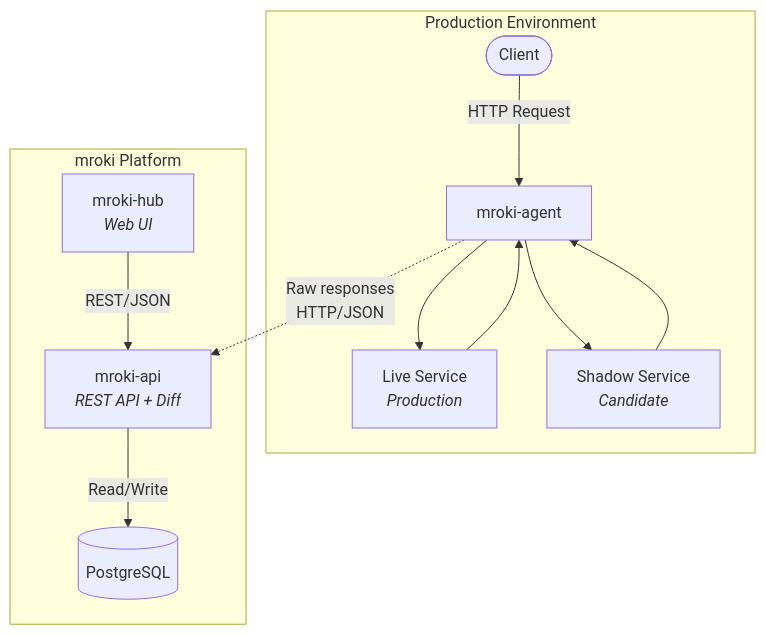
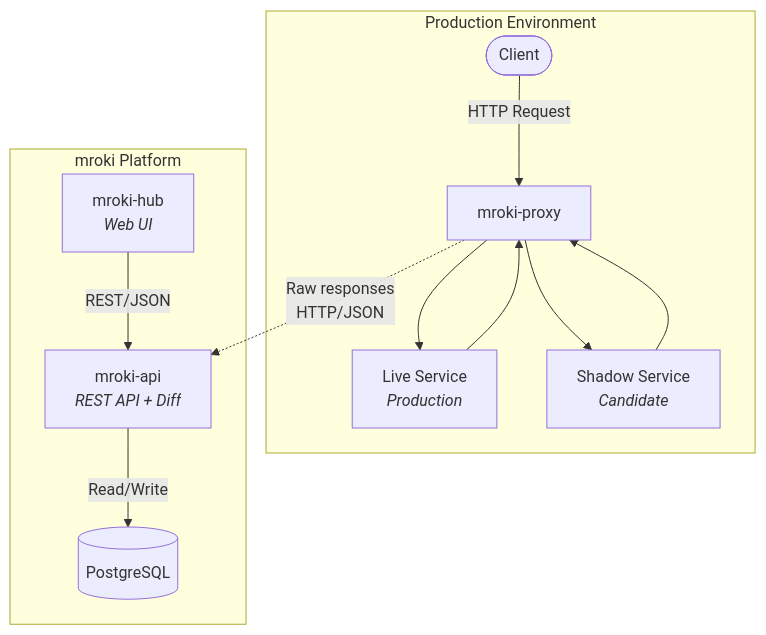
One commit to pedrobarco/mroki changed the first of 5 diagrams in docs/architecture/OVERVIEW.md. Above: the diagram before and after it, drawn with Mermaid. The commit also changed other lines of this file and 32 other files, not shown here.

First line of the commit message:
refactor: rename mroki-agent to mroki-proxy

````diff
--- a/docs/architecture/OVERVIEW.md
+++ b/docs/architecture/OVERVIEW.md
@@ -9,16 +9,16 @@
 ```mermaid
 graph TD
     subgraph Production Environment
-        Client([Client]) -->|HTTP Request| Agent[mroki-agent]
-        Agent --> Live[Live Service<br><i>Production</i>]
-        Agent --> Shadow[Shadow Service<br><i>Candidate</i>]
-        Live & Shadow --> Agent
+        Client([Client]) -->|HTTP Request| Proxy[mroki-proxy]
+        Proxy --> Live[Live Service<br><i>Production</i>]
+        Proxy --> Shadow[Shadow Service<br><i>Candidate</i>]
+        Live & Shadow --> Proxy
     end
 
-    Agent -.->|Raw responses<br>HTTP/JSON| API
+    Proxy -.->|Raw responses<br>HTTP/JSON| API
 
     subgraph mroki Platform
         API[mroki-api<br><i>REST API + Diff</i>] -->|Read/Write| DB[(PostgreSQL)]
         Hub[mroki-hub<br><i>Web UI</i>] -->|REST/JSON| API
     end
 ```
````
